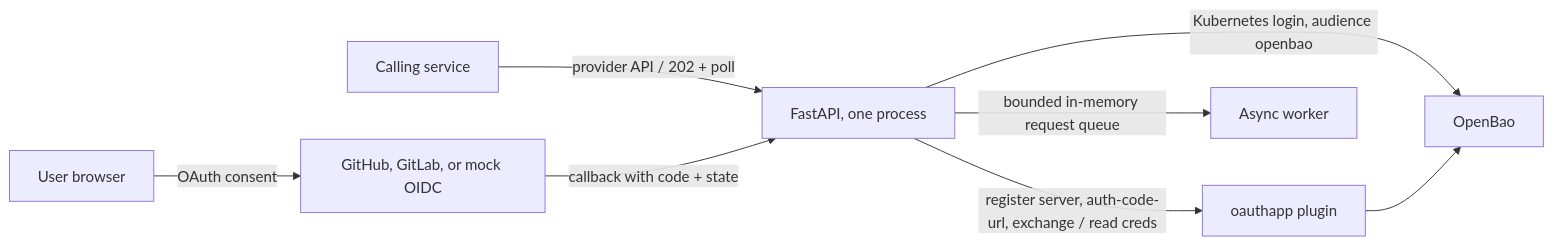
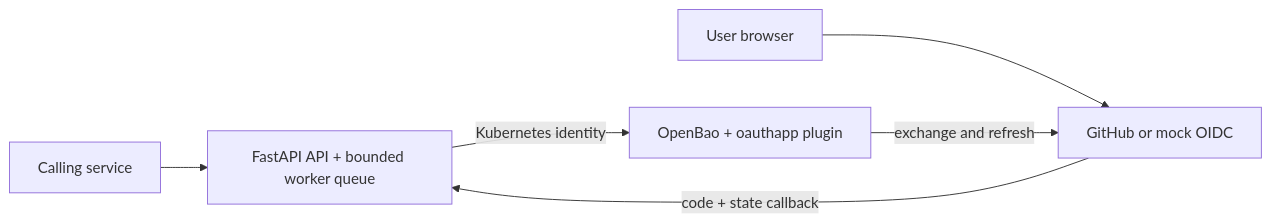
The diagram in DESIGN.md (Saneitt/integration-aggregator-takehome), drawn with Mermaid before and after one commit. The commit also changed other lines of this file and 7 other files, not shown here.

````diff
--- a/DESIGN.md
+++ b/DESIGN.md
@@ -5,10 +3,8 @@
 ```mermaid
 flowchart LR
-  caller[Calling service] -->|provider API / 202 + poll| api[FastAPI, one process]
-  browser[User browser] -->|OAuth consent| oidc[GitHub, GitLab, or mock OIDC]
-  oidc -->|callback with code + state| api
-  api -->|Kubernetes login, audience openbao| bao[OpenBao]
-  api -->|register server, auth-code-url, exchange / read creds| plugin[oauthapp plugin]
-  plugin --> bao
-  api -->|bounded in-memory request queue| worker[Async worker]
+  caller[Calling service] --> api[FastAPI API + bounded worker queue]
+  browser[User browser] --> provider[GitHub or mock OIDC]
+  provider -->|code + state callback| api
+  api -->|Kubernetes identity| bao[OpenBao + oauthapp plugin]
+  bao -->|exchange and refresh| provider
 ```
````
